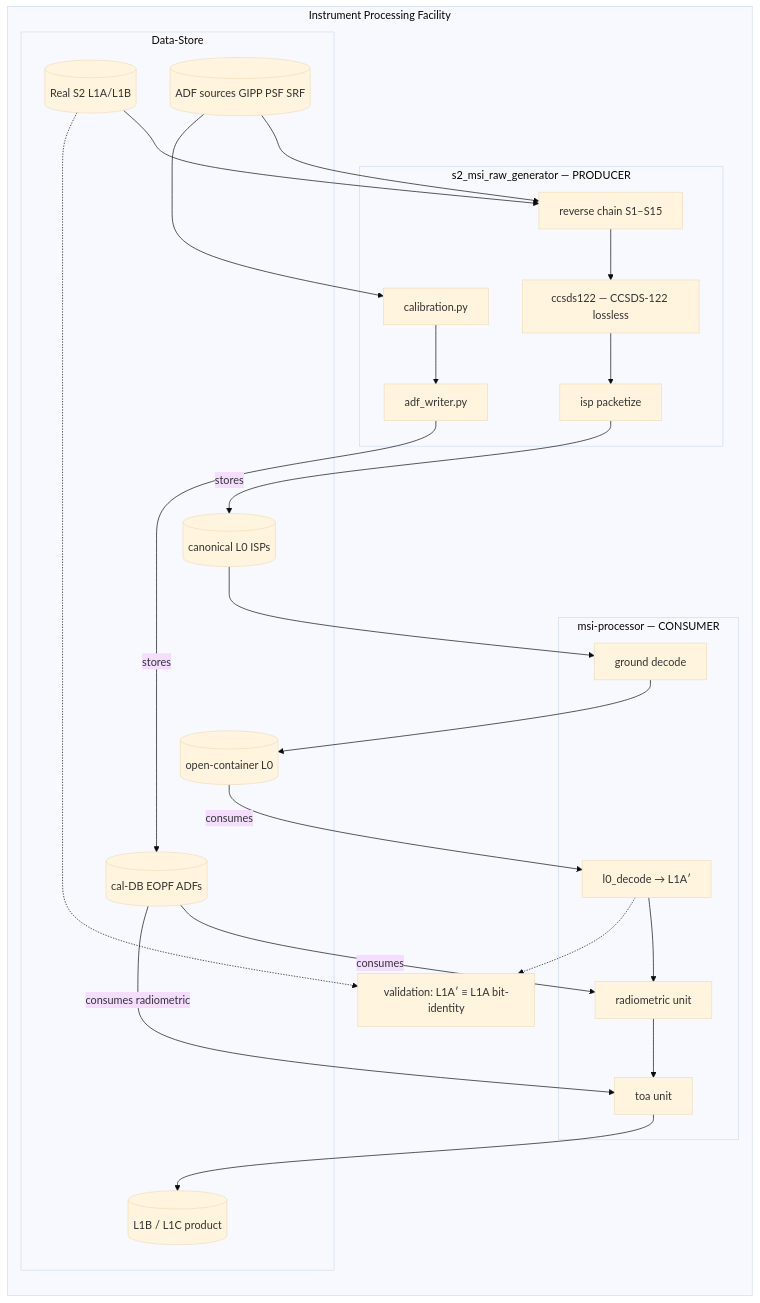
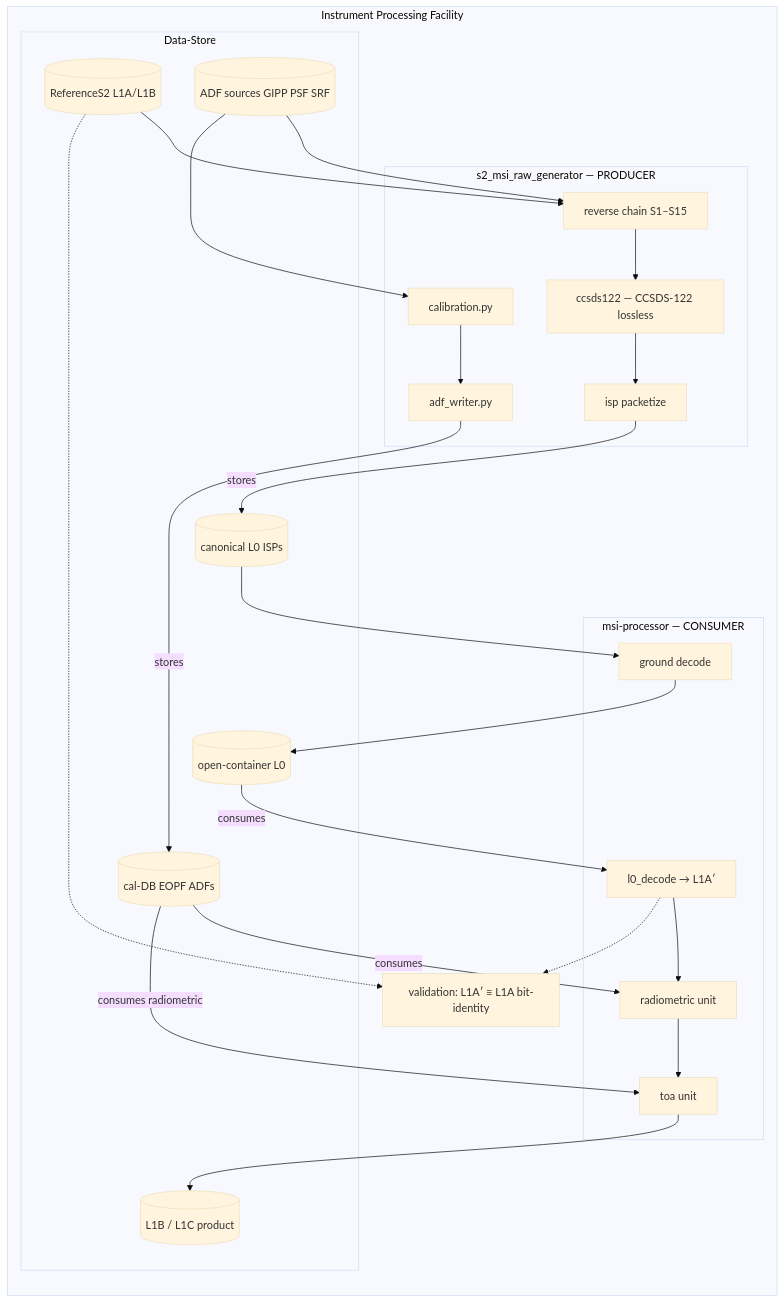
Before and after one commit to AstroCan17/AstroCan17: the diagram in docs/projects/ipf-ecosystem.md, drawn with Mermaid (base theme). The commit also changed other lines of this file and 11 other files, not shown here.

````diff
--- a/docs/projects/ipf-ecosystem.md
+++ b/docs/projects/ipf-ecosystem.md
@@ -23,41 +23,41 @@
 ```mermaid
 flowchart LR
     subgraph IPF["Instrument Processing Facility"]
         subgraph GEN["s2_msi_raw_generator — PRODUCER"]
             REV["reverse chain S1–S15"]
             C122["ccsds122 — CCSDS-122 lossless"]
             PKT["isp packetize"]
             CAL["calibration.py"]
             ADFW["adf_writer.py"]
             REV --> C122 --> PKT
         end
         subgraph PROC["msi-processor — CONSUMER"]
             GD["ground decode"]
             L0D["l0_decode → L1A′"]
             RAD["radiometric unit"]
             TOA["toa unit"]
         end
         subgraph DATASTORE["Data-Store"]
             CALDB[("cal-DB EOPF ADFs")]
             L0oc[("open-container L0")]
             L0c[("canonical L0 ISPs")]
-            IN[("Real S2 L1A/L1B")]
+            IN[("ReferenceS2 L1A/L1B")]
             ADFsrc[("ADF sources GIPP PSF SRF")]
             L1[("L1B / L1C product")]
         end
         VAL["validation: L1A′ ≡ L1A bit-identity"]
     end
     IN --> REV
     ADFsrc --> REV
     ADFsrc --> CAL
     PKT -->|"stores"| L0c
     L0c --> GD --> L0oc
     CAL --> ADFW -->|"stores"| CALDB
     L0oc -->|"consumes"| L0D
     L0D --> RAD
     CALDB -->|"consumes"| RAD
     CALDB -->|"consumes radiometric"| TOA
     RAD --> TOA --> L1
     L0D -.-> VAL
     IN -.-> VAL
 ```
````
